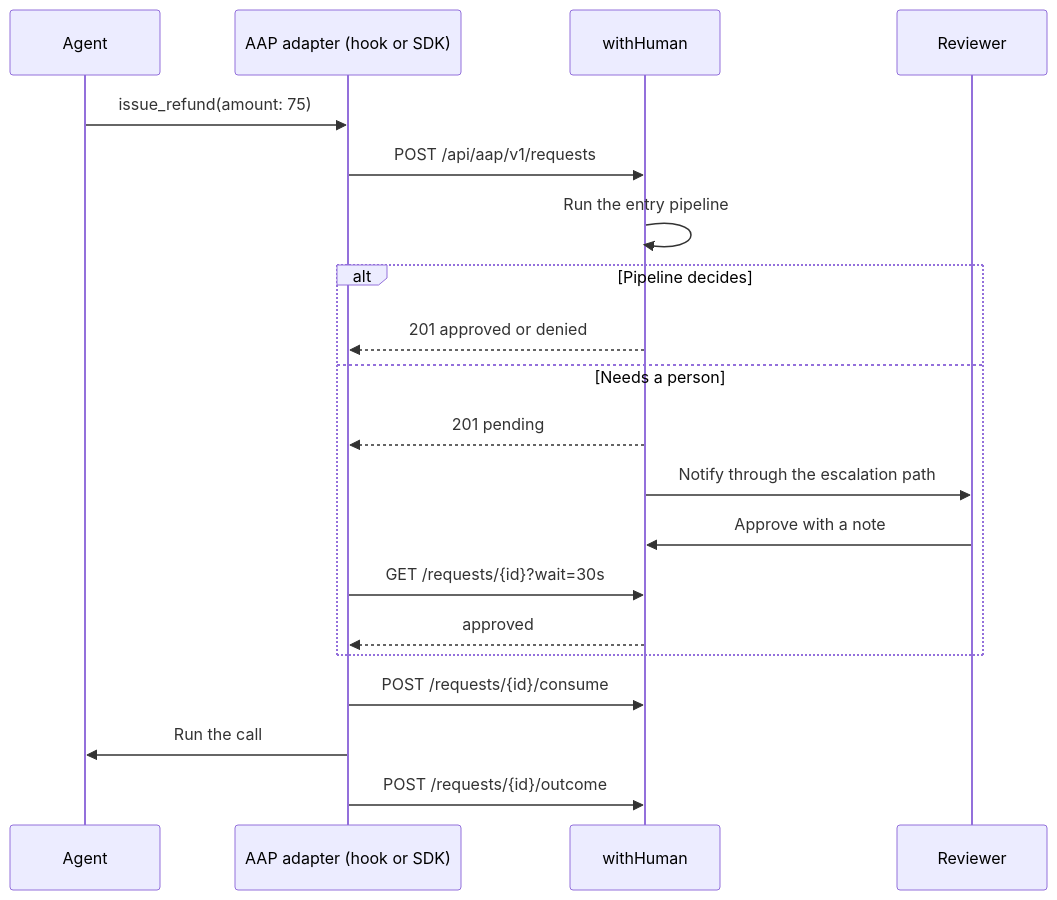
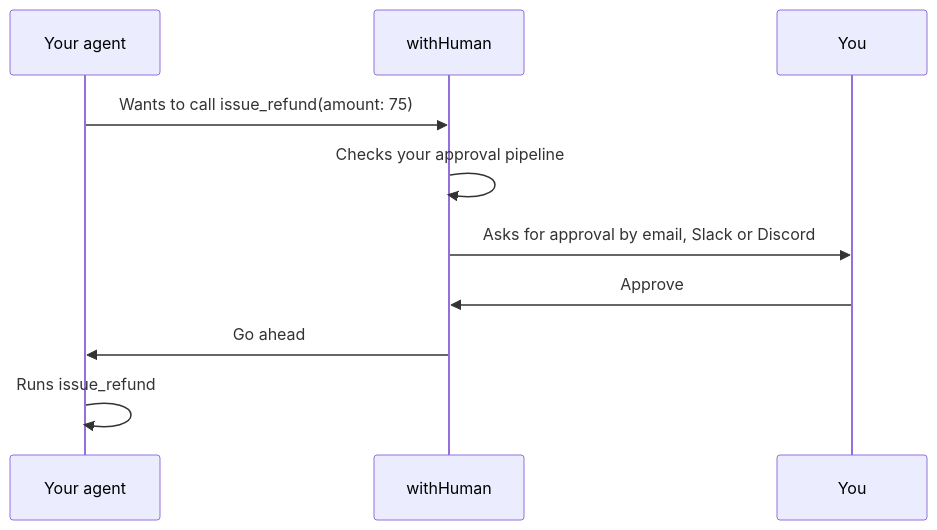
One commit to Yaakovyitzchak1231/withHuman changed the diagram in README.md. Above: the diagram before and after it, drawn with Mermaid. The commit also changed other lines of this file, not shown here.

Commit message:
Keep the README from What you can do onward as it was

````diff
--- a/README.md
+++ b/README.md
@@ -96,22 +96,12 @@
 ```mermaid
 sequenceDiagram
-    participant Agent as Agent
-    participant Adapter as AAP adapter (hook or SDK)
+    participant Agent as Your agent
     participant WH as withHuman
-    participant Reviewer as Reviewer
-    Agent->>Adapter: issue_refund(amount: 75)
-    Adapter->>WH: POST /api/aap/v1/requests
-    WH->>WH: Run the entry pipeline
-    alt Pipeline decides
-        WH-->>Adapter: 201 approved or denied
-    else Needs a person
-        WH-->>Adapter: 201 pending
-        WH->>Reviewer: Notify through the escalation path
-        Reviewer->>WH: Approve with a note
-        Adapter->>WH: GET /requests/{id}?wait=30s
-        WH-->>Adapter: approved
-    end
-    Adapter->>WH: POST /requests/{id}/consume
-    Adapter->>Agent: Run the call
-    Adapter->>WH: POST /requests/{id}/outcome
+    participant You as You
+    Agent->>WH: Wants to call issue_refund(amount: 75)
+    WH->>WH: Checks your approval pipeline
+    WH->>You: Asks for approval by email, Slack or Discord
+    You->>WH: Approve
+    WH->>Agent: Go ahead
+    Agent->>Agent: Runs issue_refund
 ```
````
